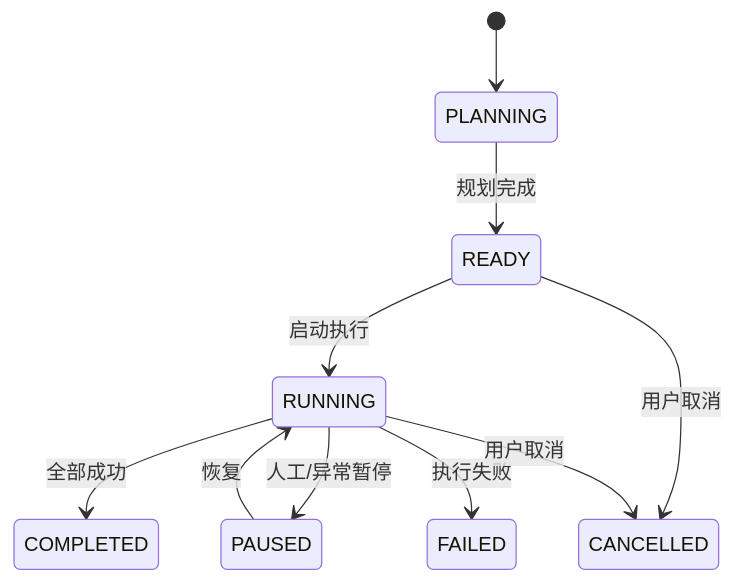
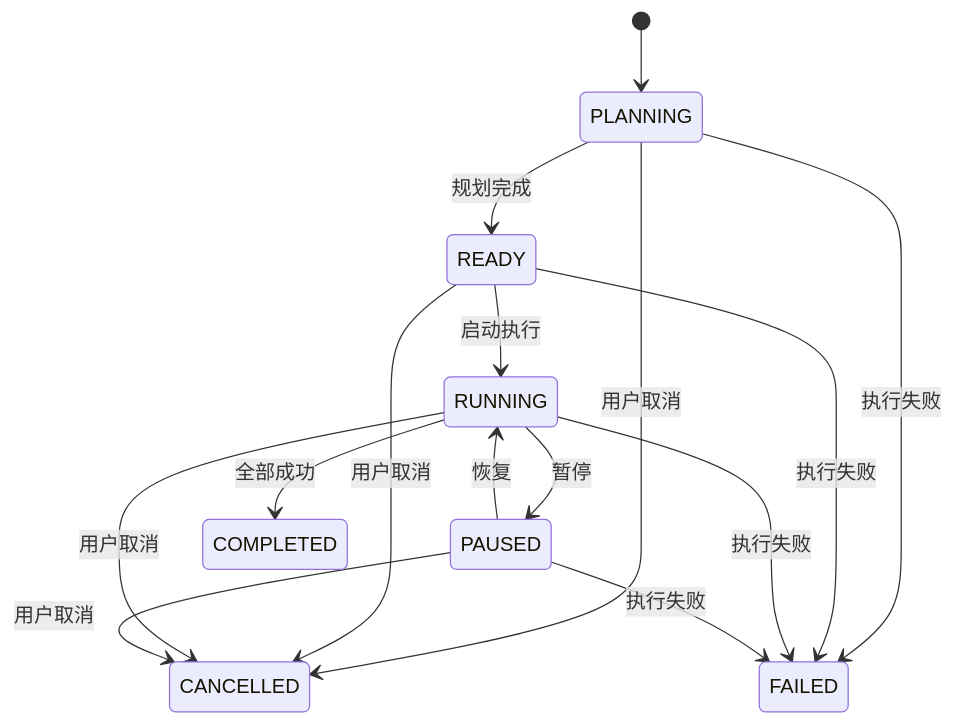
Before and after one commit to letmetocode/agent: the fifth of 6 diagrams in docs/design/软件设计说明书.md, drawn with Mermaid. The commit also changed other lines of this file and 20 other files, not shown here.

````diff
--- a/docs/design/软件设计说明书.md
+++ b/docs/design/软件设计说明书.md
@@ -109,12 +174,17 @@
 ```mermaid
 stateDiagram-v2
     [*] --> PLANNING
     PLANNING --> READY: 规划完成
     READY --> RUNNING: 启动执行
-    RUNNING --> PAUSED: 人工/异常暂停
+    RUNNING --> PAUSED: 暂停
     PAUSED --> RUNNING: 恢复
     RUNNING --> COMPLETED: 全部成功
-    RUNNING --> FAILED: 执行失败
+    PLANNING --> CANCELLED: 用户取消
     READY --> CANCELLED: 用户取消
     RUNNING --> CANCELLED: 用户取消
+    PAUSED --> CANCELLED: 用户取消
+    PLANNING --> FAILED: 执行失败
+    READY --> FAILED: 执行失败
+    RUNNING --> FAILED: 执行失败
+    PAUSED --> FAILED: 执行失败
 ```
````
